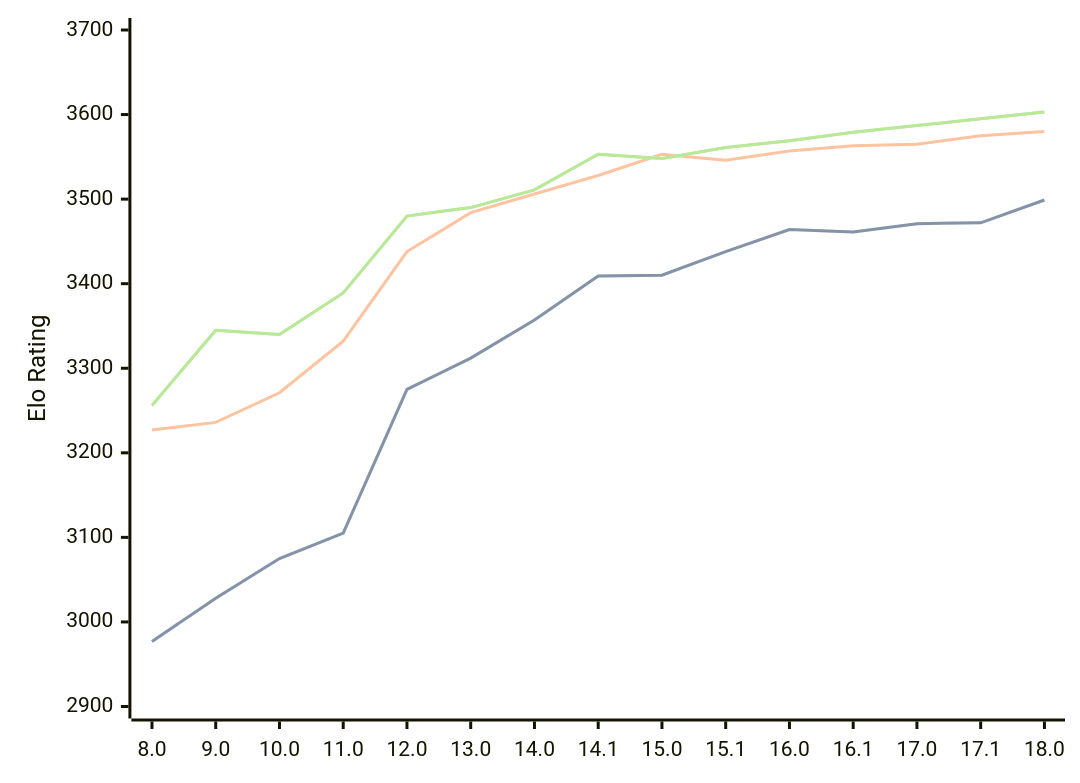
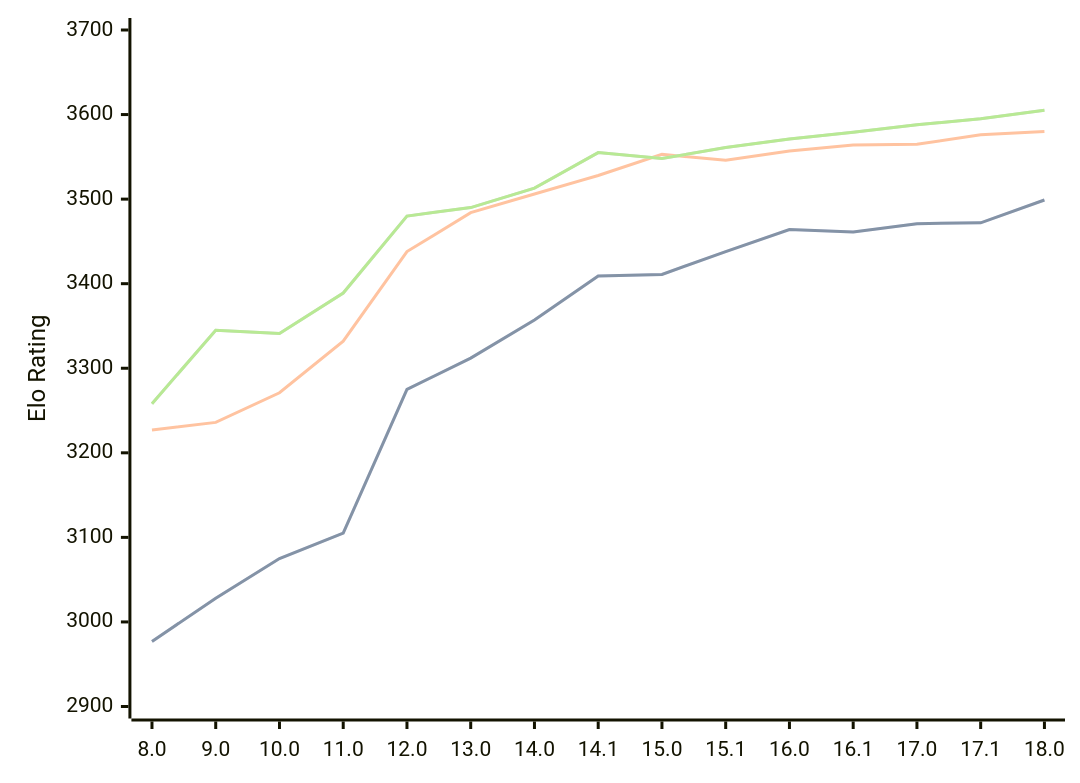
The diagram in engines/Stockfish.md (computer-chess-index/cci), drawn with Mermaid before and after one commit. The commit also changed other lines of this file, not shown here.

Commit message:
Update CCI Ratings (ELO VLTC) - 2026-07-29

````diff
--- a/engines/Stockfish.md
+++ b/engines/Stockfish.md
@@ -46,11 +46,11 @@
 ```mermaid
 %%{init: {"theme":"base","themeVariables":{"seriesColors:['#a3a3a3','#222221','#faa371']}}}%%
 xychart-beta
   x-axis ["8.0", "9.0", "10.0", "11.0", "12.0", "13.0", "14.0", "14.1", "15.0", "15.1", "16.0", "16.1", "17.0", "17.1", "18.0"]
   y-axis "Elo Rating" 2900 --> 3700
-  line "STC (8.0+0.08s)" [2977, 3028, 3075, 3105, 3275, 3312, 3357, 3409, 3410, 3438, 3464, 3461, 3471, 3472, 3499]
-  line "STC (8.0+0.08s)" [2977, 3028, 3075, 3105, 3275, 3312, 3357, 3409, 3410, 3438, 3464, 3461, 3471, 3472, 3499]
-  line "LTC (60.0+0.60s)" [3227, 3236, 3271, 3332, 3438, 3484, 3506, 3528, 3553, 3546, 3557, 3563, 3565, 3575, 3580]
-  line "VLTC (2m24s+1.12s)" [3256, 3345, 3340, 3389, 3480, 3490, 3511, 3553, 3548, 3561, 3569, 3579, 3587, 3595, 3603]
-  line "VLTC (2m24s+1.12s)" [3256, 3345, 3340, 3389, 3480, 3490, 3511, 3553, 3548, 3561, 3569, 3579, 3587, 3595, 3603]
+  line "STC (8.0+0.08s)" [2977, 3028, 3075, 3105, 3275, 3312, 3357, 3409, 3411, 3438, 3464, 3461, 3471, 3472, 3499]
+  line "STC (8.0+0.08s)" [2977, 3028, 3075, 3105, 3275, 3312, 3357, 3409, 3411, 3438, 3464, 3461, 3471, 3472, 3499]
+  line "LTC (60.0+0.60s)" [3227, 3236, 3271, 3332, 3438, 3484, 3506, 3528, 3553, 3546, 3557, 3564, 3565, 3576, 3580]
+  line "VLTC (2m24s+1.12s)" [3258, 3345, 3341, 3389, 3480, 3490, 3513, 3555, 3548, 3561, 3571, 3579, 3588, 3595, 3605]
+  line "VLTC (2m24s+1.12s)" [3258, 3345, 3341, 3389, 3480, 3490, 3513, 3555, 3548, 3561, 3571, 3579, 3588, 3595, 3605]
 ```
````
